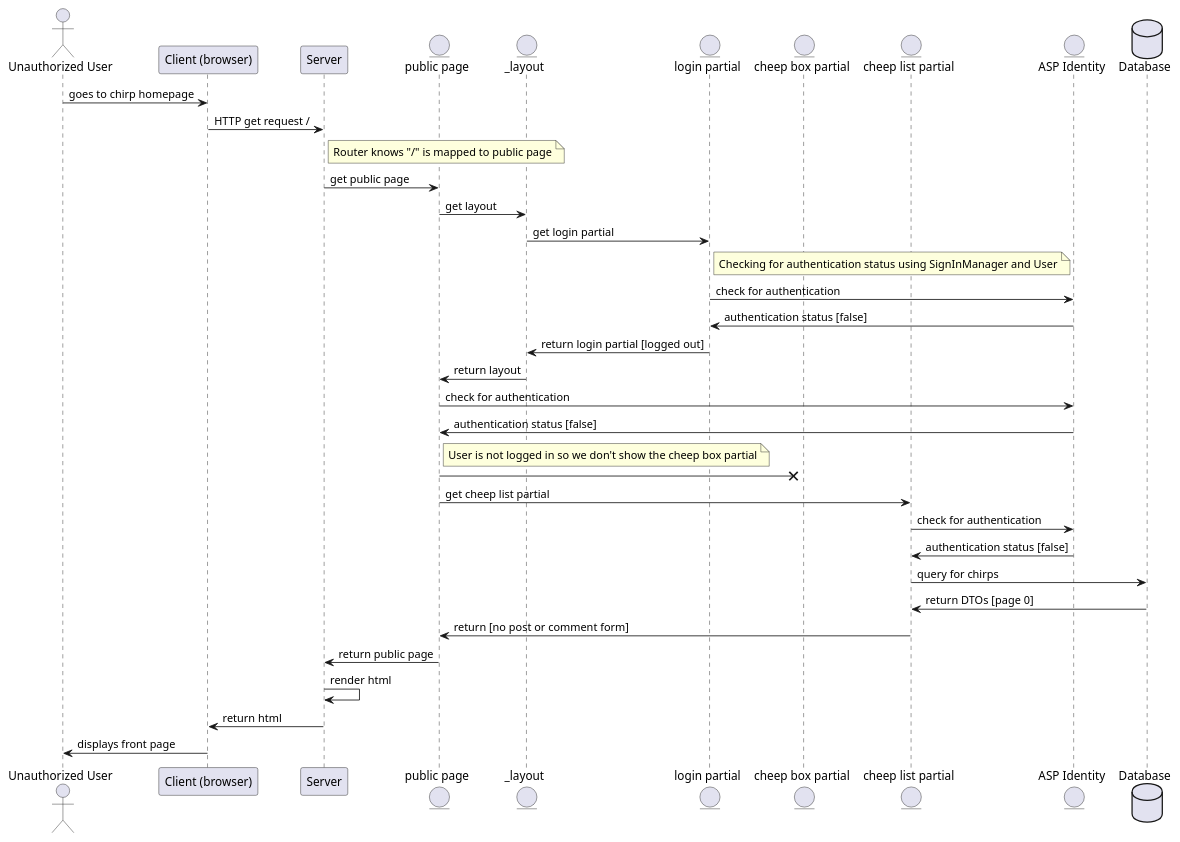
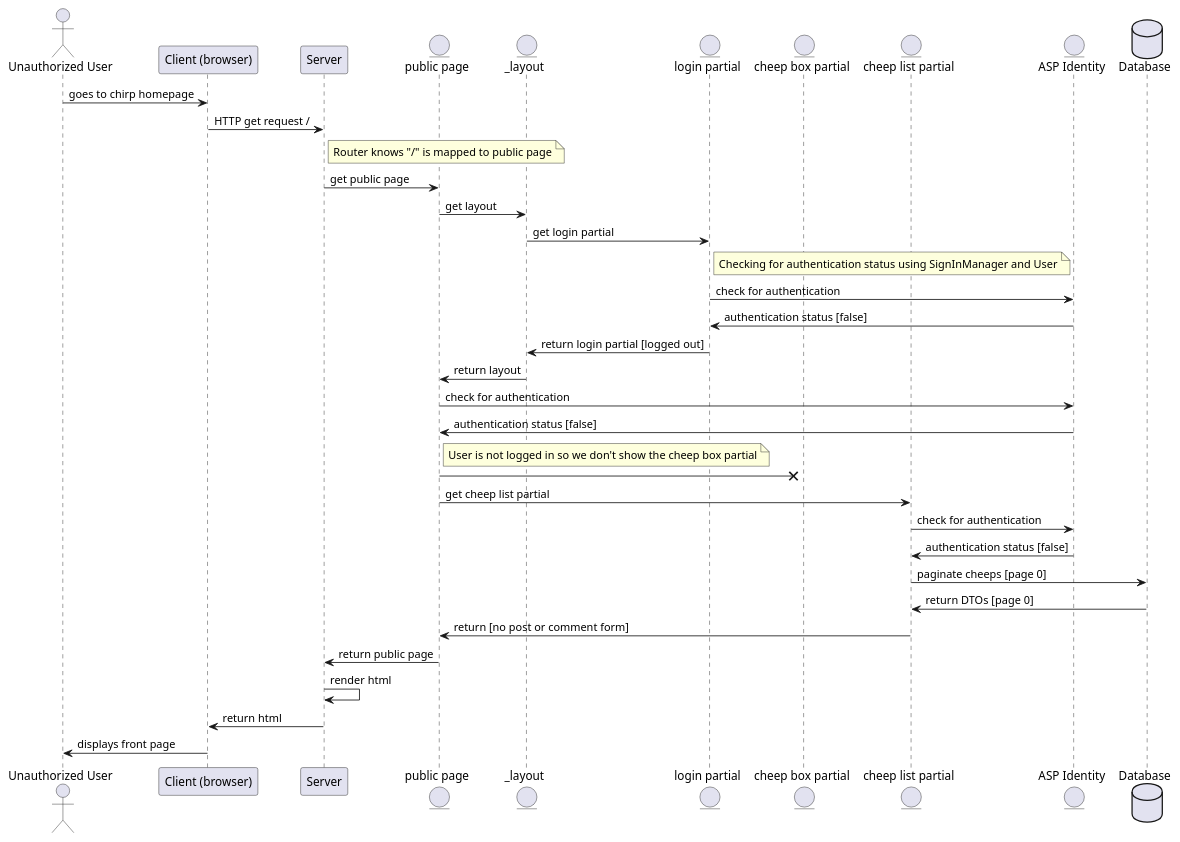
The diagram in docs/diagrams/sequence.puml (ITU-BDSA2024-GROUP9/Chirp), drawn with PlantUML before and after one commit.

```diff
--- a/docs/diagrams/sequence.puml
+++ b/docs/diagrams/sequence.puml
@@ -1,46 +1,46 @@
 @startuml
  
 actor       "Unauthorized User"  as usr
 participant "Client (browser)"   as client
 participant Server               as server
 entity      "public page"        as public
 entity      "_layout"            as layout
 entity      "login partial"      as login
 entity      "cheep box partial"  as box
 entity      "cheep list partial" as cheeps
 entity      "ASP Identity"       as asp
 database    Database             as DB
 
 usr -> client : goes to chirp homepage
 client -> server : HTTP get request /
 note right of server : Router knows "/" is mapped to public page
 server -> public : get public page
 
 public -> layout : get layout
 layout -> login : get login partial
 note right of login : Checking for authentication status using SignInManager and User
 login -> asp : check for authentication
 asp -> login : authentication status [false]
 login -> layout : return login partial [logged out]
 layout -> public : return layout
 
 public -> asp : check for authentication
 asp -> public : authentication status [false]
 note right of public : User is not logged in so we don't show the cheep box partial
 public ->X box 
 
 public -> cheeps : get cheep list partial
 cheeps -> asp : check for authentication
 asp -> cheeps : authentication status [false]
-cheeps -> DB : query for chirps
+cheeps -> DB : paginate cheeps [page 0]
 DB -> cheeps : return DTOs [page 0]
 cheeps -> public : return [no post or comment form]
 
 public -> server : return public page
 server -> server : render html
 server -> client : return html
 client -> usr : displays front page
 
 
 
 @enduml
```
